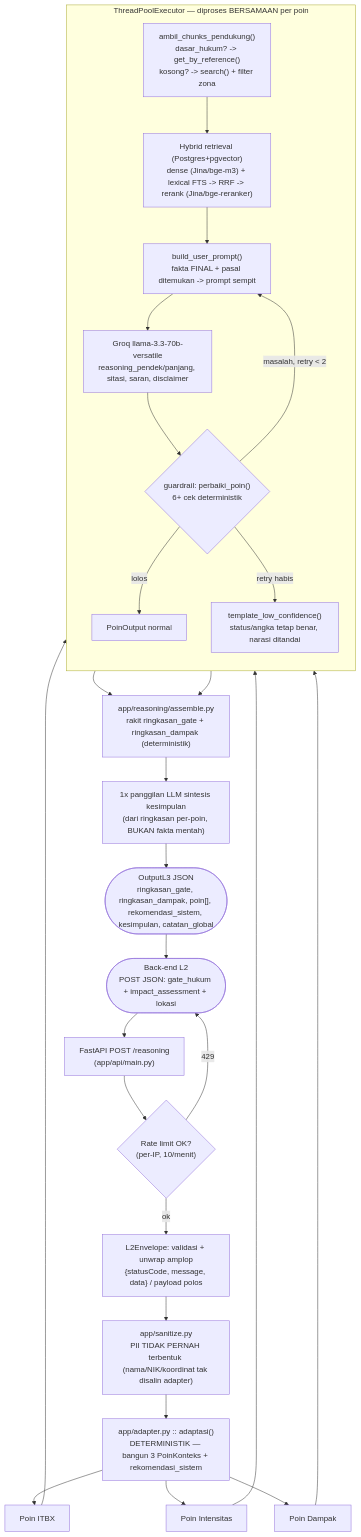
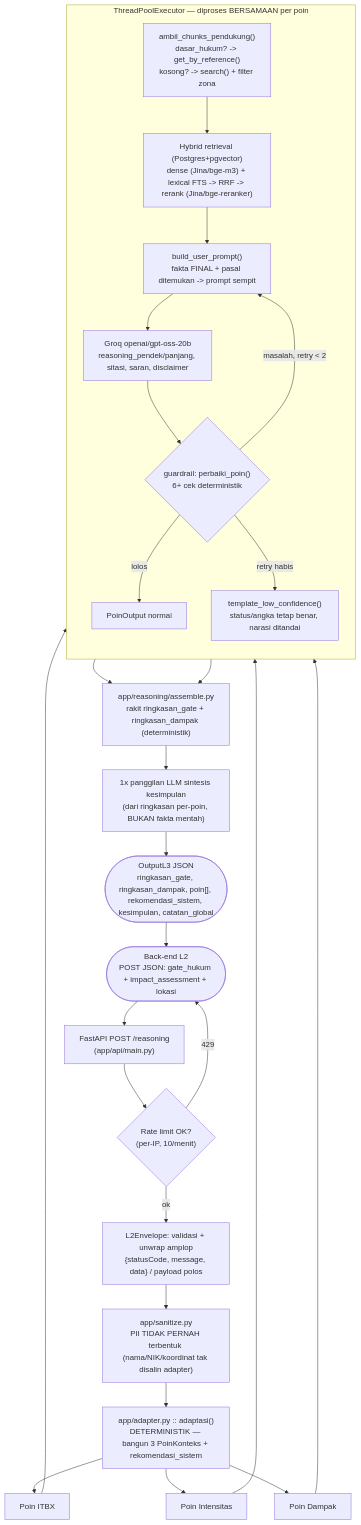
One commit to farhanahmadn/DRI_RAG_System changed the first of 2 diagrams in README.md. Above: the diagram before and after it, drawn with Mermaid. The commit also changed other lines of this file and 7 other files, not shown here.

````diff
--- a/README.md
+++ b/README.md
@@ -68,34 +68,34 @@
 ```mermaid
 flowchart TD
     BE(["Back-end L2<br/>POST JSON: gate_hukum + impact_assessment + lokasi"]) --> EP["FastAPI POST /reasoning<br/>(app/api/main.py)"]
     EP --> RL{"Rate limit OK?<br/>(per-IP, 10/menit)"}
     RL -- "429" --> BE
     RL -- ok --> VAL["L2Envelope: validasi + unwrap amplop<br/>{statusCode, message, data} / payload polos"]
     VAL --> SAN1["app/sanitize.py<br/>PII TIDAK PERNAH terbentuk (nama/NIK/koordinat tak disalin adapter)"]
     SAN1 --> ADP["app/adapter.py :: adaptasi()<br/>DETERMINISTIK — bangun 3 PoinKonteks + rekomendasi_sistem"]
 
     ADP --> P1["Poin ITBX"]
     ADP --> P2["Poin Intensitas"]
     ADP --> P3["Poin Dampak"]
 
     subgraph PARALEL ["ThreadPoolExecutor — diproses BERSAMAAN per poin"]
       direction TB
       RAG["ambil_chunks_pendukung()<br/>dasar_hukum? -> get_by_reference()<br/>kosong? -> search() + filter zona"]
       RAG --> HYB["Hybrid retrieval (Postgres+pgvector)<br/>dense (Jina/bge-m3) + lexical FTS -> RRF -> rerank (Jina/bge-reranker)"]
       HYB --> PR["build_user_prompt()<br/>fakta FINAL + pasal ditemukan -> prompt sempit"]
-      PR --> LLM["Groq llama-3.3-70b-versatile<br/>reasoning_pendek/panjang, sitasi, saran, disclaimer"]
+      PR --> LLM["Groq openai/gpt-oss-20b<br/>reasoning_pendek/panjang, sitasi, saran, disclaimer"]
       LLM --> GR{"guardrail: perbaiki_poin()<br/>6+ cek deterministik"}
       GR -- "masalah, retry < 2" --> PR
       GR -- "lolos" --> OK["PoinOutput normal"]
       GR -- "retry habis" --> FB["template_low_confidence()<br/>status/angka tetap benar, narasi ditandai"]
     end
 
     P1 --> RAG
     P2 --> RAG
     P3 --> RAG
     OK --> ASM["app/reasoning/assemble.py<br/>rakit ringkasan_gate + ringkasan_dampak (deterministik)"]
     FB --> ASM
     ASM --> SYN["1x panggilan LLM sintesis kesimpulan<br/>(dari ringkasan per-poin, BUKAN fakta mentah)"]
     SYN --> OUT(["OutputL3 JSON<br/>ringkasan_gate, ringkasan_dampak, poin[], rekomendasi_sistem, kesimpulan, catatan_global"])
     OUT --> BE
 ```
````
